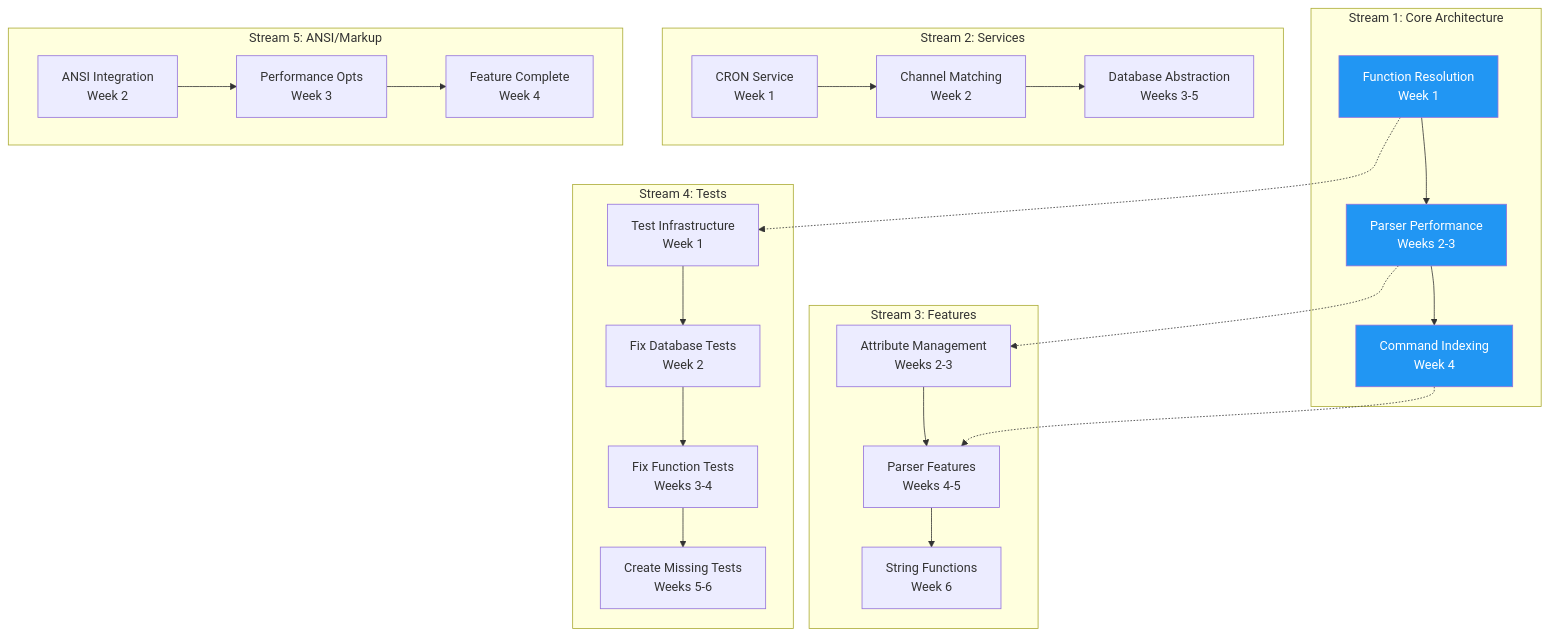
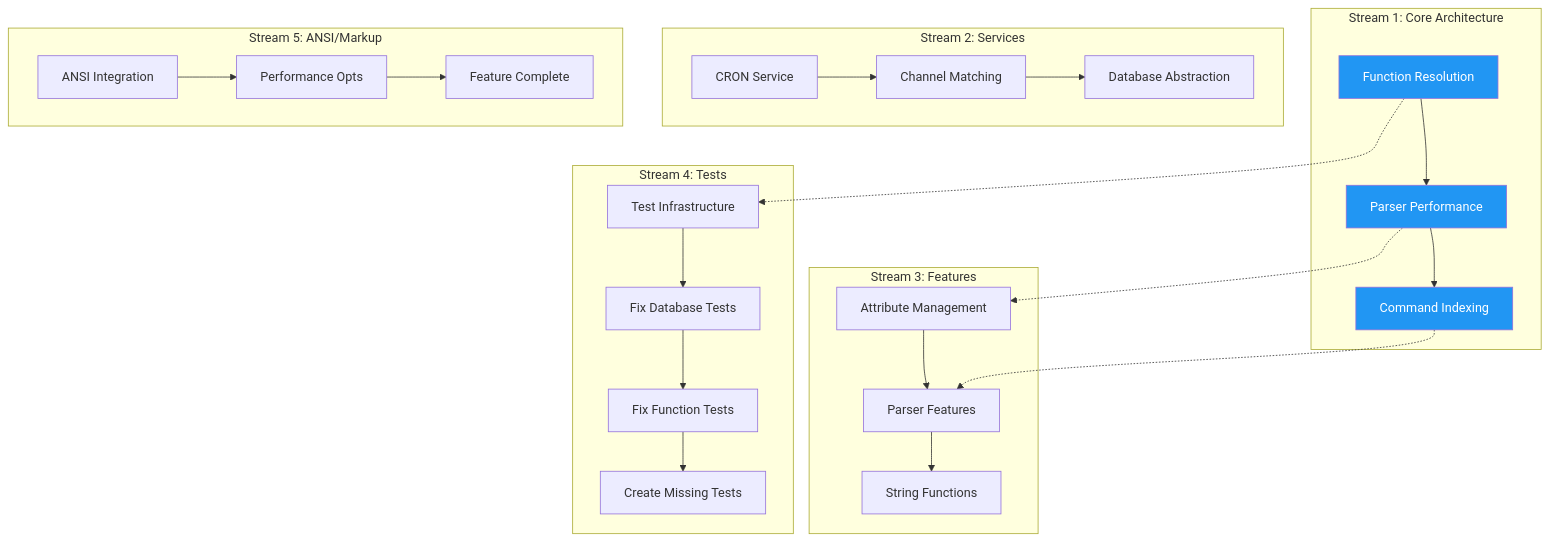
The fourth of 9 diagrams in TODO_DEPENDENCY_GRAPH.md (SharpMUSH/SharpMUSH), drawn with Mermaid before and after one commit. The commit also changed other lines of this file and 2 other files, not shown here.

````diff
--- a/TODO_DEPENDENCY_GRAPH.md
+++ b/TODO_DEPENDENCY_GRAPH.md
@@ -193,46 +161,46 @@
 ```mermaid
 graph TB
     subgraph "Stream 1: Core Architecture"
-        S1A[Function Resolution<br/>Week 1]
-        S1B[Parser Performance<br/>Weeks 2-3]
-        S1C[Command Indexing<br/>Week 4]
+        S1A[Function Resolution]
+        S1B[Parser Performance]
+        S1C[Command Indexing]
         S1A --> S1B --> S1C
     end
     
     subgraph "Stream 2: Services"
-        S2A[CRON Service<br/>Week 1]
-        S2B[Channel Matching<br/>Week 2]
-        S2C[Database Abstraction<br/>Weeks 3-5]
+        S2A[CRON Service]
+        S2B[Channel Matching]
+        S2C[Database Abstraction]
         S2A --> S2B --> S2C
     end
     
     subgraph "Stream 3: Features"
-        S3A[Attribute Management<br/>Weeks 2-3]
-        S3B[Parser Features<br/>Weeks 4-5]
-        S3C[String Functions<br/>Week 6]
+        S3A[Attribute Management]
+        S3B[Parser Features]
+        S3C[String Functions]
         S3A --> S3B --> S3C
     end
     
     subgraph "Stream 4: Tests"
-        S4A[Test Infrastructure<br/>Week 1]
-        S4B[Fix Database Tests<br/>Week 2]
-        S4C[Fix Function Tests<br/>Weeks 3-4]
-        S4D[Create Missing Tests<br/>Weeks 5-6]
+        S4A[Test Infrastructure]
+        S4B[Fix Database Tests]
+        S4C[Fix Function Tests]
+        S4D[Create Missing Tests]
         S4A --> S4B --> S4C --> S4D
     end
     
     subgraph "Stream 5: ANSI/Markup"
-        S5A[ANSI Integration<br/>Week 2]
-        S5B[Performance Opts<br/>Week 3]
-        S5C[Feature Complete<br/>Week 4]
+        S5A[ANSI Integration]
+        S5B[Performance Opts]
+        S5C[Feature Complete]
         S5A --> S5B --> S5C
     end
     
     S1B -.-> S3A
     S1C -.-> S3B
     S1A -.-> S4A
     
     style S1A fill:#2196f3,color:#fff
     style S1B fill:#2196f3,color:#fff
     style S1C fill:#2196f3,color:#fff
 ```
````
